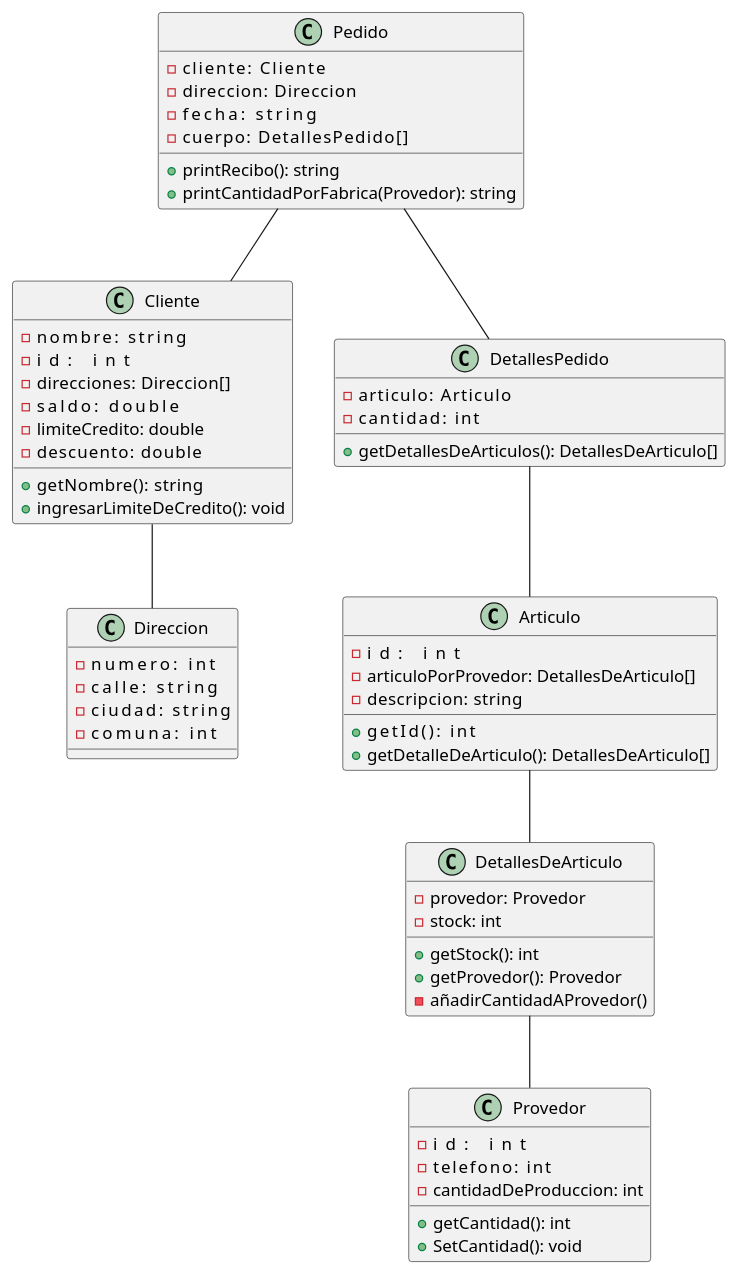
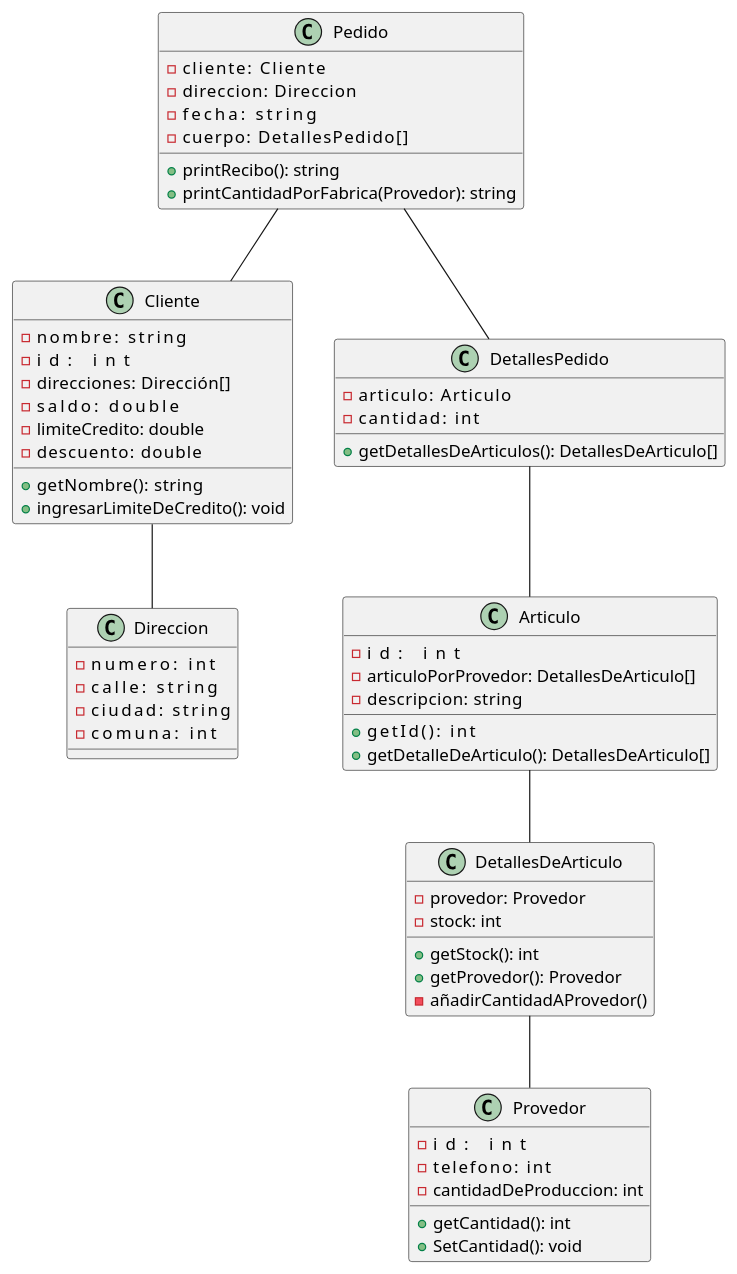
One commit to jorge1b3/UMLBasesDeDatos1 changed the diagram in segundo.puml. Above: the diagram before and after it, drawn with PlantUML.

Commit message:
creando un commmit de prueba

```diff
--- a/segundo.puml
+++ b/segundo.puml
@@ -1,65 +1,65 @@
 @startuml Segundo
 class Cliente{
     -nombre:        string
     -id:            int
-    -direcciones:   Direccion[]
+    -direcciones:   Dirección[]
     -saldo:         double
     -limiteCredito: double
     -descuento:     double
     +getNombre():   string
     +ingresarLimiteDeCredito(): void
 }
 
 class Articulo{
     -id:            int
     -articuloPorProvedor: DetallesDeArticulo[]
     -descripcion:   string
     +getId():       int
     +getDetalleDeArticulo(): DetallesDeArticulo[]
 }
 
 class DetallesDeArticulo{
     -provedor: Provedor
     -stock: int
     +getStock(): int
     +getProvedor(): Provedor
     -añadirCantidadAProvedor()
 }
 
 class Provedor{
     -id:            int
     -telefono:      int
     -cantidadDeProduccion: int
     +getCantidad(): int
     +SetCantidad(): void
 }
 
 class Pedido{
     -cliente:       Cliente
     -direccion:     Direccion
     -fecha:         string
     -cuerpo:        DetallesPedido[]
     +printRecibo(): string
     +printCantidadPorFabrica(Provedor): string 
 }
 
 class DetallesPedido{
     -articulo:      Articulo
     -cantidad:      int
     +getDetallesDeArticulos(): DetallesDeArticulo[]
 }
 
 class Direccion{
     -numero:        int
     -calle:         string
     -ciudad:        string
     -comuna:        int
 }
 
 Articulo -- DetallesDeArticulo
 DetallesDeArticulo -- Provedor
 Pedido -- DetallesPedido
 Pedido -- Cliente
 DetallesPedido -- Articulo
 Cliente -- Direccion
 @enduml
```
